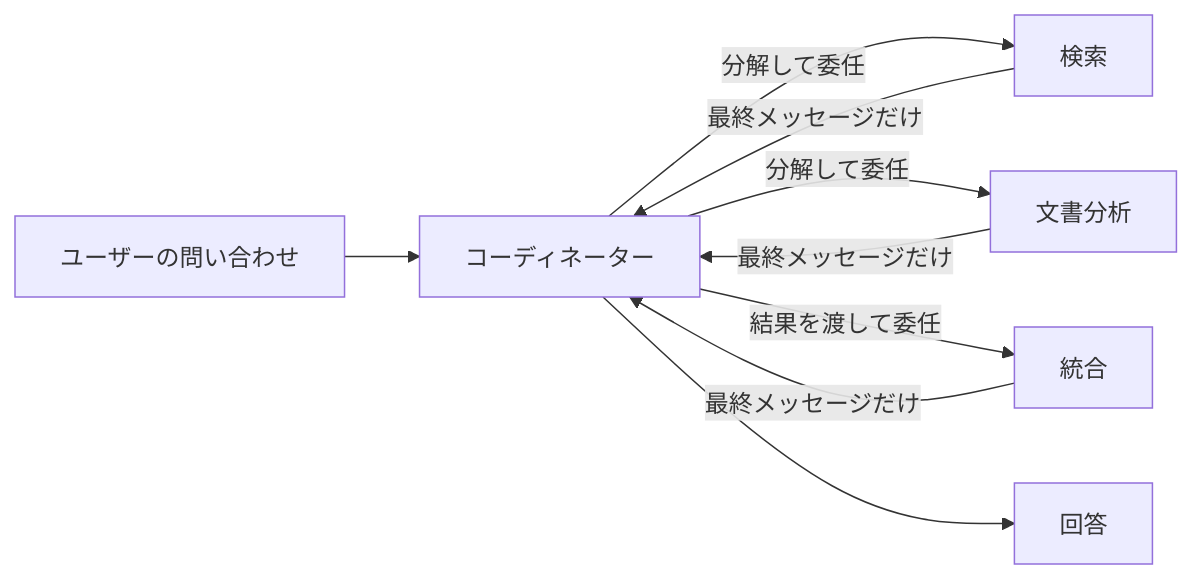
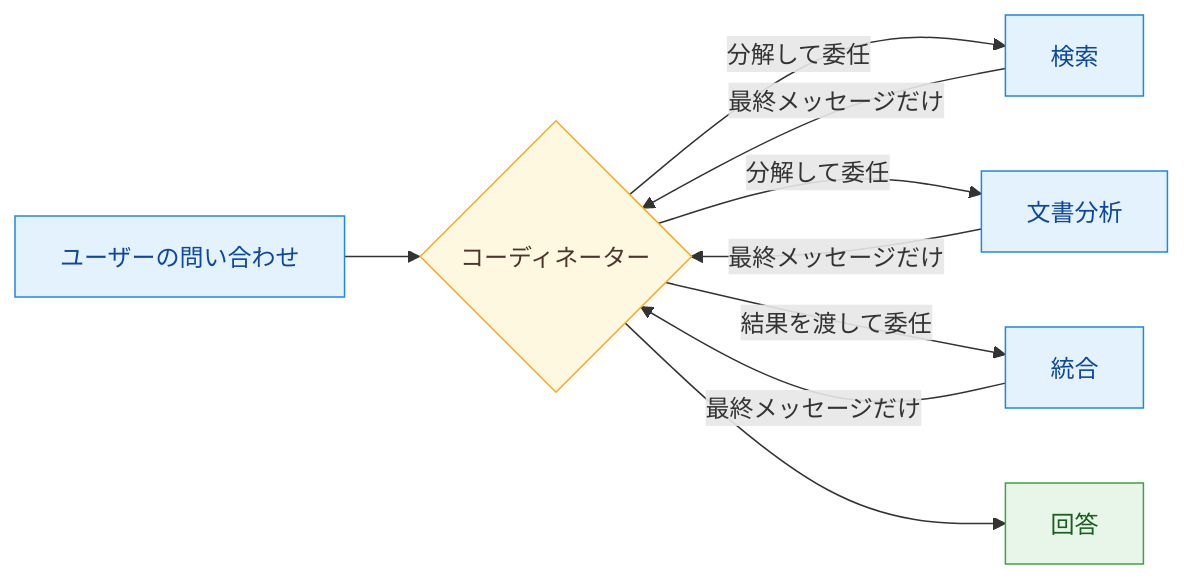
Before and after one commit to yuya-take/yuya-exam-notes: the diagram in ccaf/notes/01-agentic-architecture/coordinator-subagent-pattern.md, drawn with Mermaid. The commit also changed other lines of this file and 50 other files, not shown here.

````diff
--- a/ccaf/notes/01-agentic-architecture/coordinator-subagent-pattern.md
+++ b/ccaf/notes/01-agentic-architecture/coordinator-subagent-pattern.md
@@ -12,11 +12,17 @@
 ```mermaid
 flowchart LR
-  U[ユーザーの問い合わせ] --> C[コーディネーター]
+  U[ユーザーの問い合わせ] --> C{コーディネーター}
   C -->|分解して委任| S1[検索]
   C -->|分解して委任| S2[文書分析]
   C -->|結果を渡して委任| S3[統合]
   S1 -->|最終メッセージだけ| C
   S2 -->|最終メッセージだけ| C
   S3 -->|最終メッセージだけ| C
   C --> R[回答]
+  classDef run fill:#e3f2fd,stroke:#1e88e5,color:#0d47a1
+  classDef judge fill:#fff8e1,stroke:#f9a825,color:#4e342e
+  classDef done fill:#e8f5e9,stroke:#43a047,color:#1b5e20
+  class U,S1,S2,S3 run
+  class C judge
+  class R done
 ```
````
